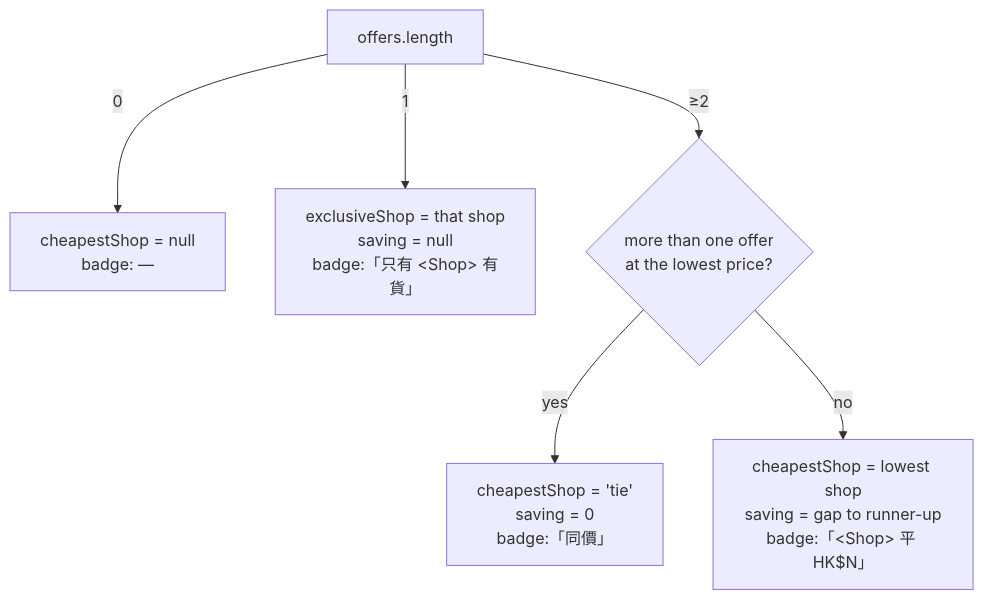
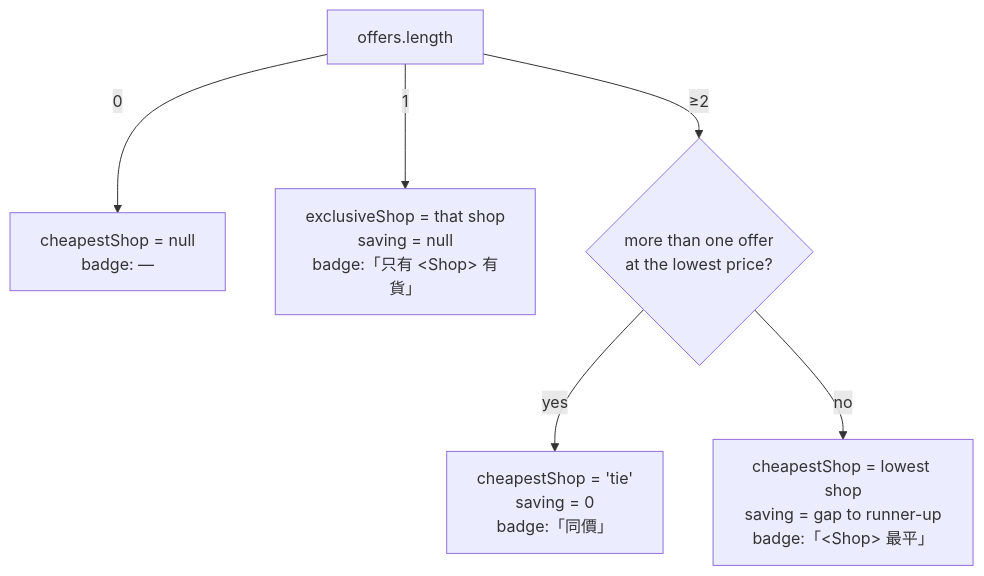
The second of 3 diagrams in README.md (jakwong1981/hobbyland), drawn with Mermaid before and after one commit. The commit also changed other lines of this file and 6 other files, not shown here.

````diff
--- a/README.md
+++ b/README.md
@@ -163,8 +163,8 @@
 ```mermaid
 flowchart TD
     S["offers.length"] -->|"0"| N["cheapestShop = null<br/>badge: —"]
     S -->|"1"| E["exclusiveShop = that shop<br/>saving = null<br/>badge:「只有 &lt;Shop&gt; 有貨」"]
     S -->|"≥2"| Q{"more than one offer<br/>at the lowest price?"}
     Q -->|yes| T["cheapestShop = 'tie'<br/>saving = 0<br/>badge:「同價」"]
-    Q -->|no| W["cheapestShop = lowest shop<br/>saving = gap to runner-up<br/>badge:「&lt;Shop&gt; 平 HK$N」"]
+    Q -->|no| W["cheapestShop = lowest shop<br/>saving = gap to runner-up<br/>badge:「&lt;Shop&gt; 最平」"]
 ```
````
